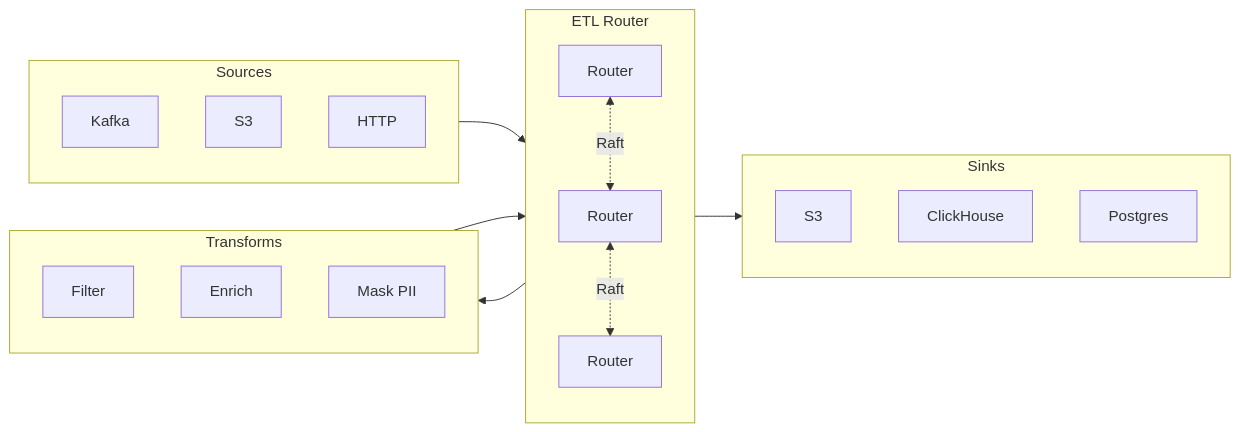
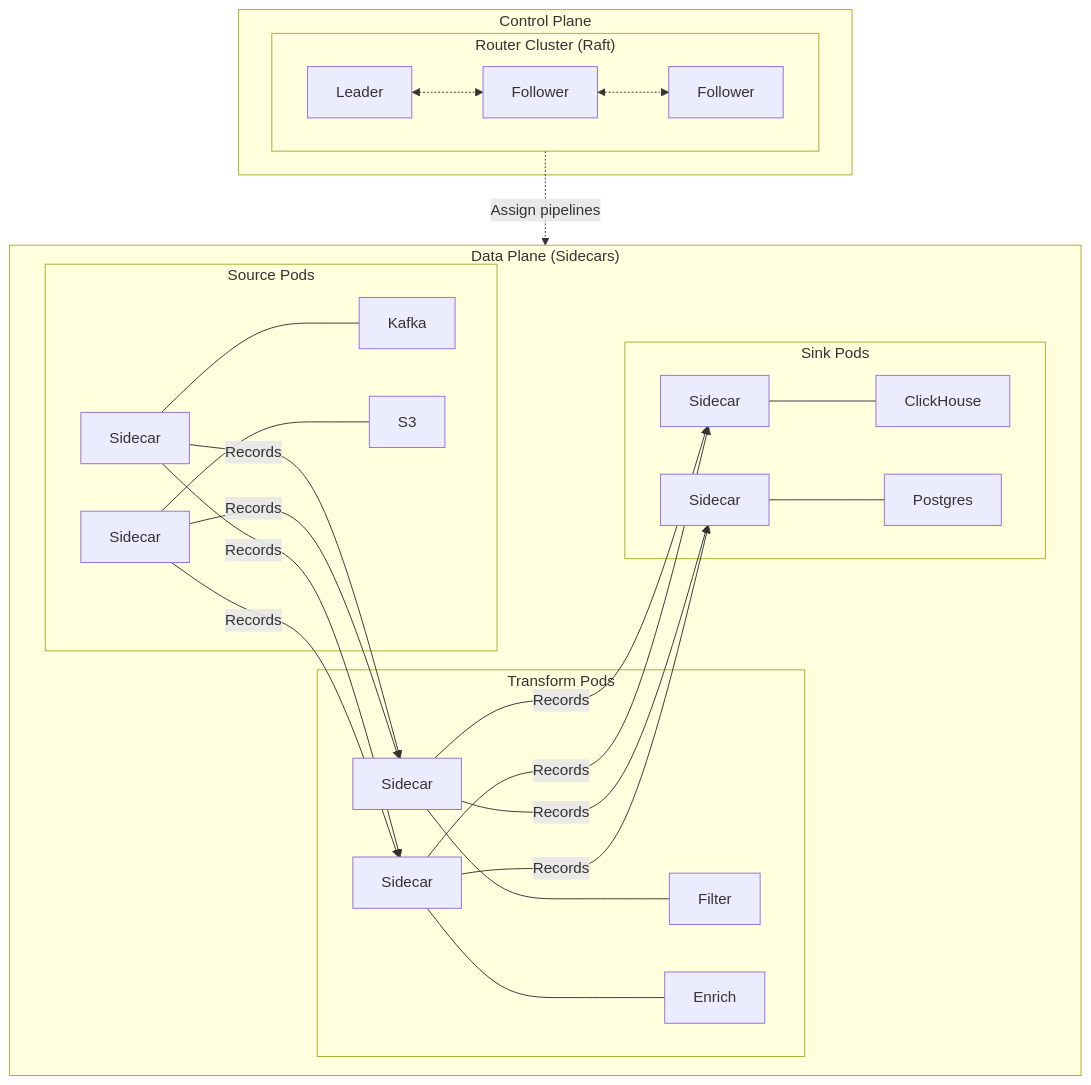
One commit to alexchoi0/etl-router changed the first of 3 diagrams in README.md. Above: the diagram before and after it, drawn with Mermaid.

Commit message:
Fix architecture diagram to show sidecar data plane

````diff
--- a/README.md
+++ b/README.md
@@ -15,34 +15,32 @@
 ```mermaid
-flowchart LR
-    subgraph sources["Sources"]
-        kafka["Kafka"]
-        s3in["S3"]
-        http["HTTP"]
+flowchart TB
+    subgraph control["Control Plane"]
+        subgraph raft["Router Cluster (Raft)"]
+            r1["Leader"]
+            r2["Follower"]
+            r3["Follower"]
+            r1 <-.-> r2 <-.-> r3
+        end
     end
 
-    subgraph router["ETL Router"]
-        direction TB
-        r1["Router"]
-        r2["Router"]
-        r3["Router"]
-        r1 <-.->|Raft| r2
-        r2 <-.->|Raft| r3
+    subgraph data["Data Plane (Sidecars)"]
+        subgraph src["Source Pods"]
+            sc1["Sidecar"] --- kafka["Kafka"]
+            sc2["Sidecar"] --- s3in["S3"]
+        end
+
+        subgraph tx["Transform Pods"]
+            sc3["Sidecar"] --- filter["Filter"]
+            sc4["Sidecar"] --- enrich["Enrich"]
+        end
+
+        subgraph sk["Sink Pods"]
+            sc5["Sidecar"] --- ch["ClickHouse"]
+            sc6["Sidecar"] --- pg["Postgres"]
+        end
     end
 
-    subgraph transforms["Transforms"]
-        filter["Filter"]
-        enrich["Enrich"]
-        mask["Mask PII"]
-    end
-
-    subgraph sinks["Sinks"]
-        s3out["S3"]
-        ch["ClickHouse"]
-        pg["Postgres"]
-    end
-
-    sources --> router
-    router --> transforms
-    transforms --> router
-    router --> sinks
+    raft -.->|Assign pipelines| data
+    sc1 & sc2 -->|Records| sc3 & sc4
+    sc3 & sc4 -->|Records| sc5 & sc6
 ```
````
